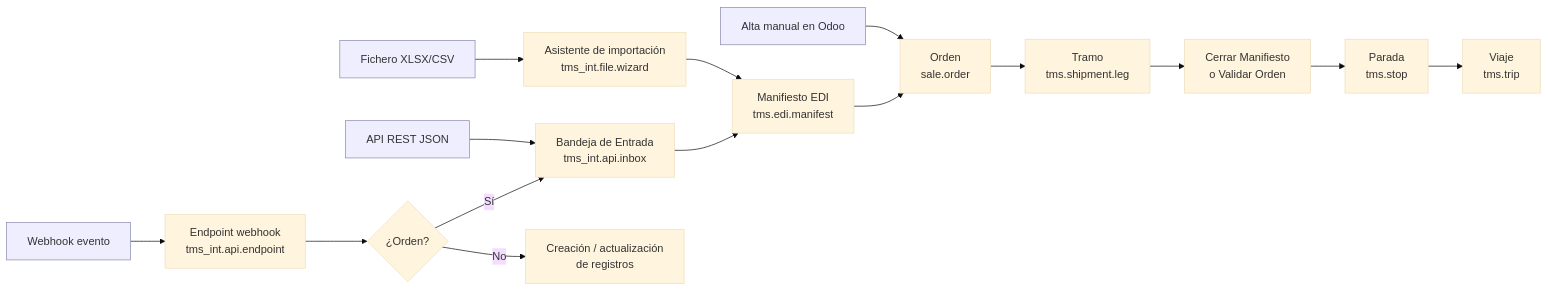
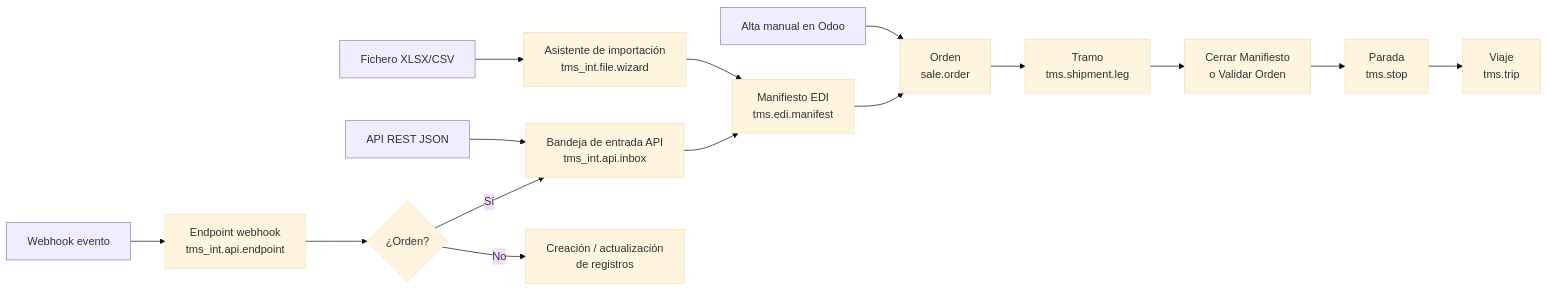
The diagram in source/17.0/7_edi-integrations/7_1_integration-strategy.rst (pacoborrego/guraify-tms-docs), drawn with Mermaid (base theme) before and after one commit. The commit also changed other lines of this file and 41 other files, not shown here.

```diff
--- a/source/17.0/7_edi-integrations/7_1_integration-strategy.rst
+++ b/source/17.0/7_edi-integrations/7_1_integration-strategy.rst
@@ -52,18 +52,18 @@
 .. mermaid::
 
    flowchart LR
        F[Fichero XLSX/CSV]:::ch --> FW[Asistente de importación<br/>tms_int.file.wizard]
-       A[API REST JSON]:::ch --> I[Bandeja de Entrada<br/>tms_int.api.inbox]
+       A[API REST JSON]:::ch --> I[Bandeja de entrada API<br/>tms_int.api.inbox]
        W[Webhook evento]:::ch --> EP[Endpoint webhook<br/>tms_int.api.endpoint]
        EP --> D{¿Orden?}
        D -->|Sí| I
        D -->|No| R[Creación / actualización<br/>de registros]
        U[Alta manual en Odoo]:::ch --> O
        FW --> M[Manifiesto EDI<br/>tms.edi.manifest]
        I --> M
        M --> O[Orden<br/>sale.order]
        O --> L[Tramo<br/>tms.shipment.leg]
        L --> C[Cerrar Manifiesto<br/>o Validar Orden]
        C --> S[Parada<br/>tms.stop]
        S --> T[Viaje<br/>tms.trip]
        classDef ch fill:#eef,stroke:#88a;
```
